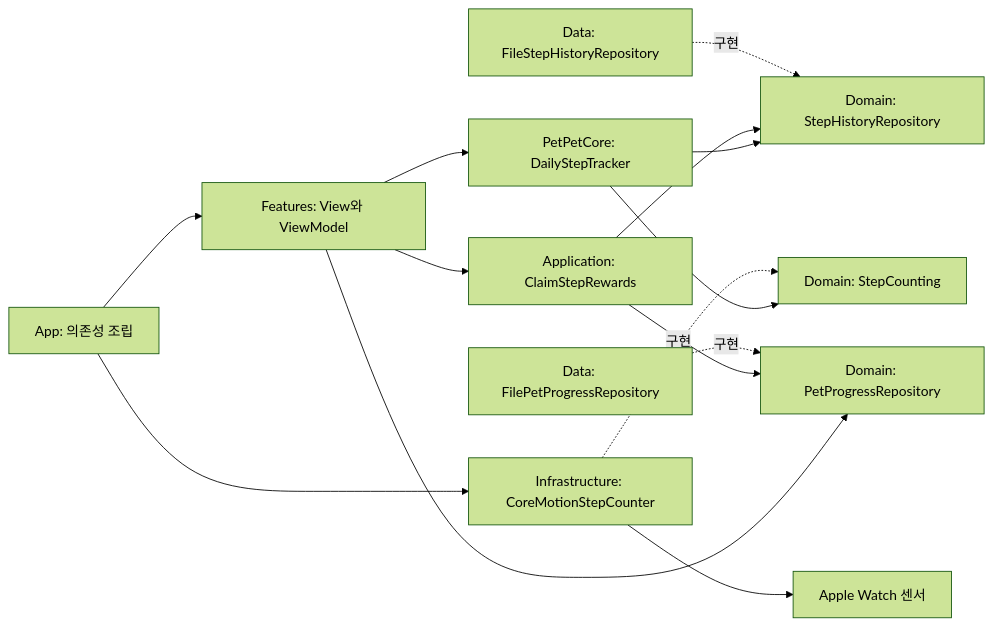
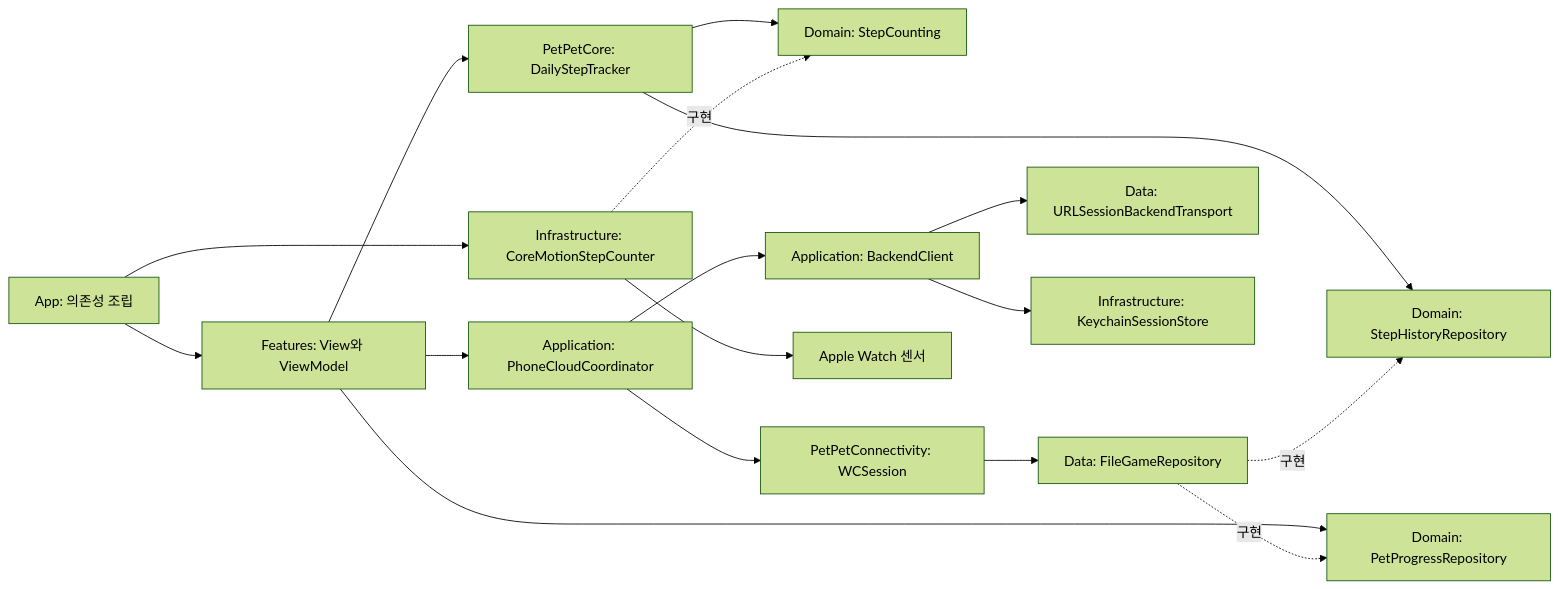
One commit to calmkeen/Petpet changed the diagram in Docs/Architecture.md. Above: the diagram before and after it, drawn with Mermaid (forest theme). The commit also changed other lines of this file and 6 other files, not shown here.

````diff
--- a/Docs/Architecture.md
+++ b/Docs/Architecture.md
@@ -31,16 +35,19 @@
 ```mermaid
 flowchart LR
   App[App: 의존성 조립] --> UI[Features: View와 ViewModel]
   UI --> Session[PetPetCore: DailyStepTracker]
   Session --> Port[Domain: StepCounting]
   Session --> Store[Domain: StepHistoryRepository]
   UI --> Progress[Domain: PetProgressRepository]
-  UI --> Claim[Application: ClaimStepRewards]
-  Claim --> Store
-  Claim --> Progress
-  PetFile[Data: FilePetProgressRepository] -. 구현 .-> Progress
-  File[Data: FileStepHistoryRepository] -. 구현 .-> Store
+  Game[Data: FileGameRepository] -. 구현 .-> Progress
+  Game -. 구현 .-> Store
+  UI --> Cloud[Application: PhoneCloudCoordinator]
+  Cloud --> Backend[Application: BackendClient]
+  Backend --> HTTP[Data: URLSessionBackendTransport]
+  Backend --> Keychain[Infrastructure: KeychainSessionStore]
+  Cloud --> WC[PetPetConnectivity: WCSession]
+  WC --> Game
   Motion[Infrastructure: CoreMotionStepCounter] -. 구현 .-> Port
   App --> Motion
   Motion --> Sensor[Apple Watch 센서]
 ```
````
